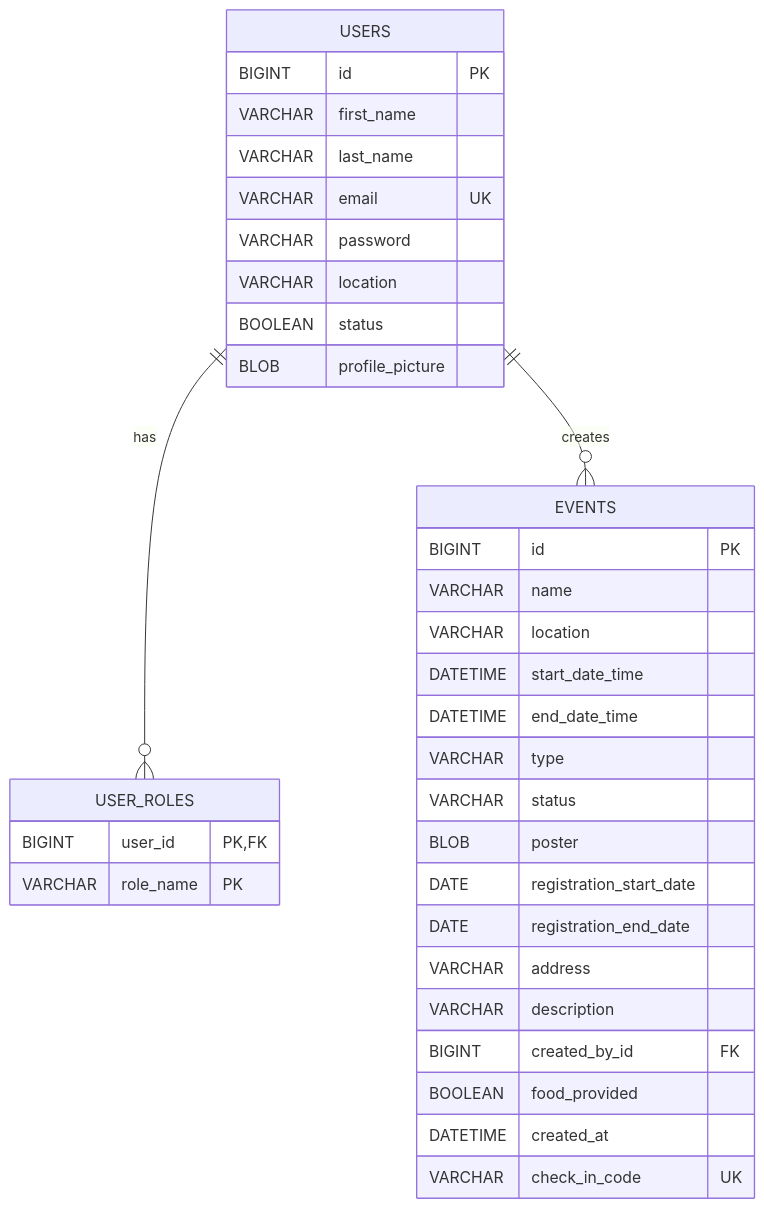
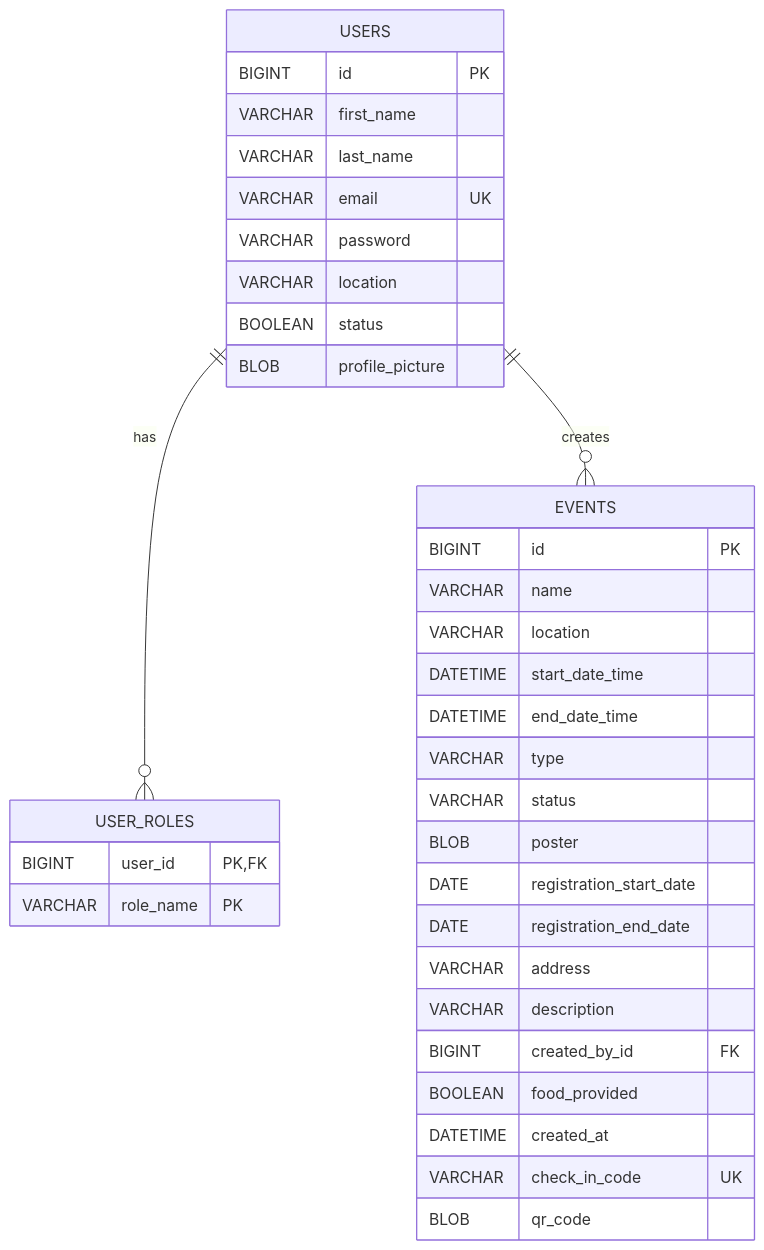
Before and after one commit to msgsummerpractice/Team-Buldozer: the diagram in Backend/src/main/resources/db/mermaid/diagram_v2.md, drawn with Mermaid. The commit also changed 9 other files, not shown here.

````diff
--- a/Backend/src/main/resources/db/mermaid/diagram_v2.md
+++ b/Backend/src/main/resources/db/mermaid/diagram_v2.md
@@ -1,40 +1,41 @@
 ```mermaid
 erDiagram
     USERS {
         BIGINT id PK
         VARCHAR first_name
         VARCHAR last_name
         VARCHAR email UK
         VARCHAR password
         VARCHAR location
         BOOLEAN status
         BLOB profile_picture
 }
 
     USER_ROLES {
         BIGINT user_id PK, FK
         VARCHAR role_name PK
     }
 
     EVENTS {
         BIGINT id PK
         VARCHAR name
         VARCHAR location
         DATETIME start_date_time
         DATETIME end_date_time
         VARCHAR type
         VARCHAR status
         BLOB poster
         DATE registration_start_date
         DATE registration_end_date
         VARCHAR address
         VARCHAR description
         BIGINT created_by_id FK
         BOOLEAN food_provided
         DATETIME created_at
         VARCHAR check_in_code UK
+        BLOB qr_code
     }
 
     USERS ||--o{ USER_ROLES : "has"
     USERS ||--o{ EVENTS : "creates"
 ```
````
